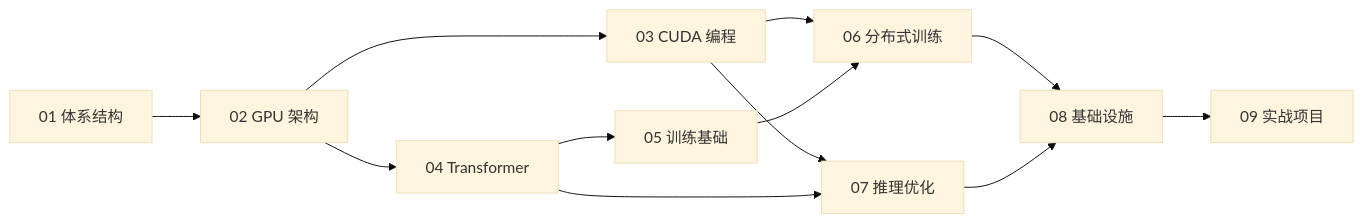
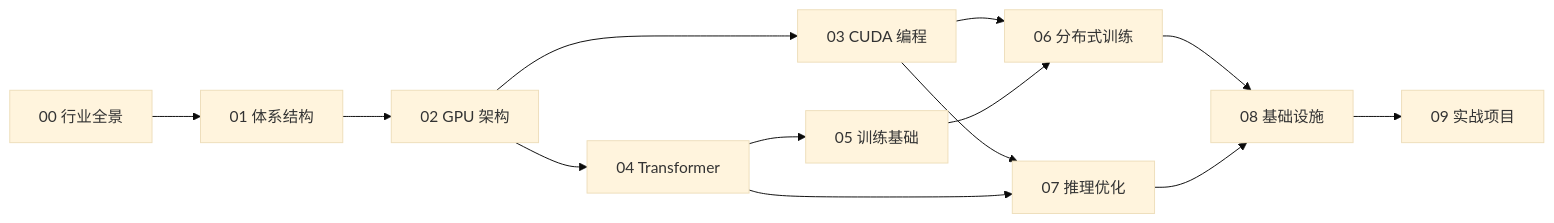
Before and after one commit to NightLemon/gpu-ai-systems-learning: the diagram in README.md, drawn with Mermaid (base theme). The commit also changed other lines of this file and 19 other files, not shown here.

````diff
--- a/README.md
+++ b/README.md
@@ -22,14 +23,15 @@
 ```mermaid
 graph LR
-    A[01 体系结构] --> B[02 GPU 架构]
+    Z[00 行业全景] --> A[01 体系结构]
+    A --> B[02 GPU 架构]
     B --> C[03 CUDA 编程]
     B --> D[04 Transformer]
     D --> E[05 训练基础]
     C --> F[06 分布式训练]
     C --> G[07 推理优化]
     E --> F
     D --> G
     F --> H[08 基础设施]
     G --> H
     H --> I[09 实战项目]
 ```
````
